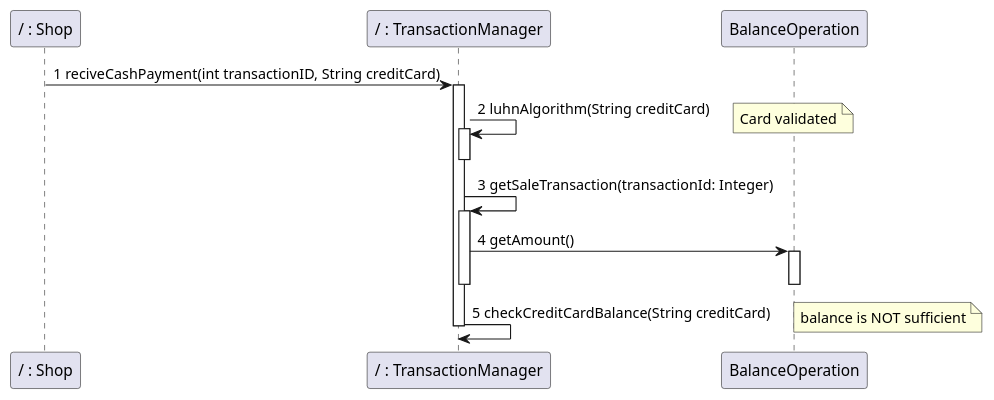
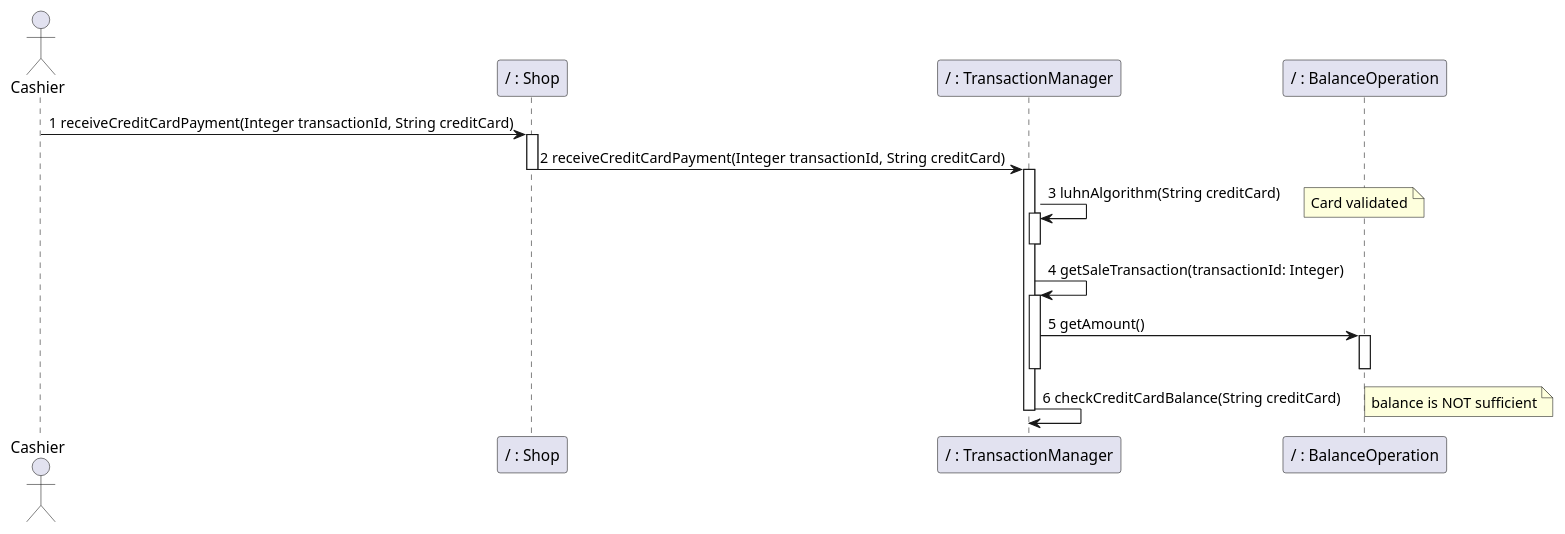
Before and after one commit to nicolabattaglino/ezshop: diagram 26 of 32 in Deliverables/DesignDocument.md, drawn with PlantUML. The commit also changed other lines of this file, not shown here.

Commit message:
added cashier

````diff
--- a/Deliverables/DesignDocument.md
+++ b/Deliverables/DesignDocument.md
@@ -1301,21 +1309,26 @@
 ```plantuml
 @startuml
+actor Cashier
 participant "/ : Shop" as Shop
 participant "/ : TransactionManager" as TransactionManager
-Shop -> TransactionManager:1 reciveCashPayment(int transactionID, String creditCard)
+participant "/ : BalanceOperation" as BalanceOperation
+Cashier -> Shop:1 receiveCreditCardPayment(Integer transactionId, String creditCard)
+activate Shop
+Shop -> TransactionManager:2 receiveCreditCardPayment(Integer transactionId, String creditCard)
+deactivate Shop
 activate TransactionManager
-TransactionManager -> TransactionManager:2 luhnAlgorithm(String creditCard)
+TransactionManager -> TransactionManager:3 luhnAlgorithm(String creditCard)
 note right: Card validated
 activate TransactionManager
 deactivate TransactionManager
-TransactionManager -> TransactionManager:3 getSaleTransaction(transactionId: Integer)
+TransactionManager -> TransactionManager:4 getSaleTransaction(transactionId: Integer)
 activate TransactionManager
-TransactionManager -> BalanceOperation :4 getAmount()
+TransactionManager -> BalanceOperation :5 getAmount()
 activate BalanceOperation
 deactivate BalanceOperation
 deactivate TransactionManager
-TransactionManager -> TransactionManager:5 checkCreditCardBalance(String creditCard)
+TransactionManager -> TransactionManager:6 checkCreditCardBalance(String creditCard)
 note right: balance is NOT sufficient
 deactivate TransactionManager
 @enduml
 ```
````
